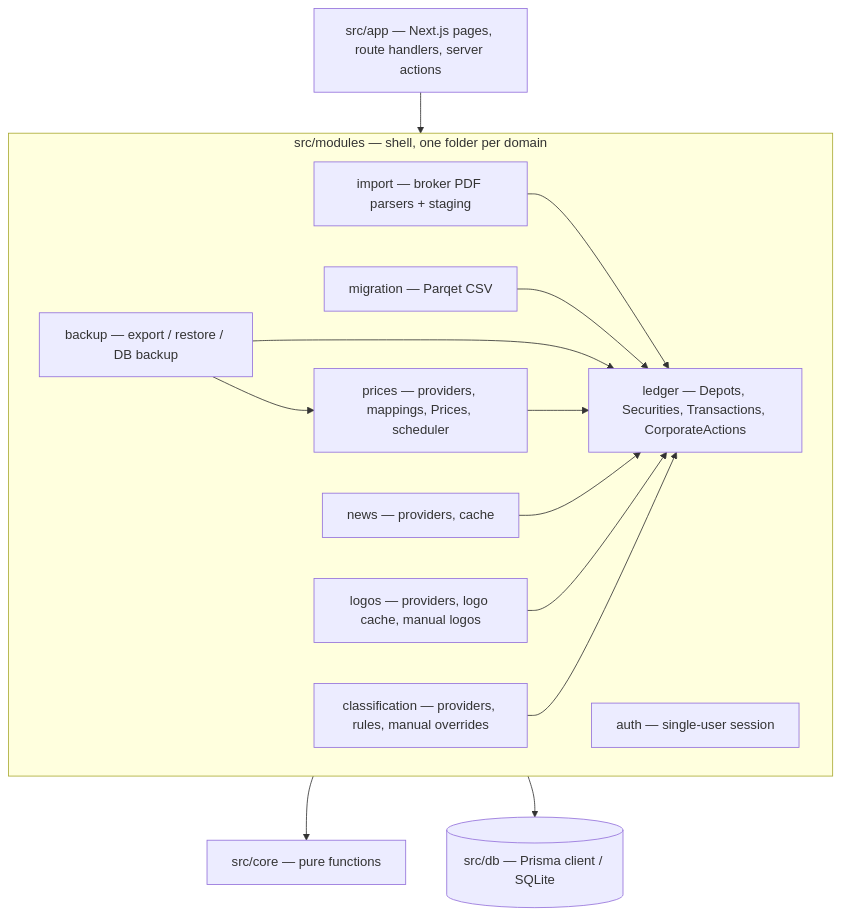
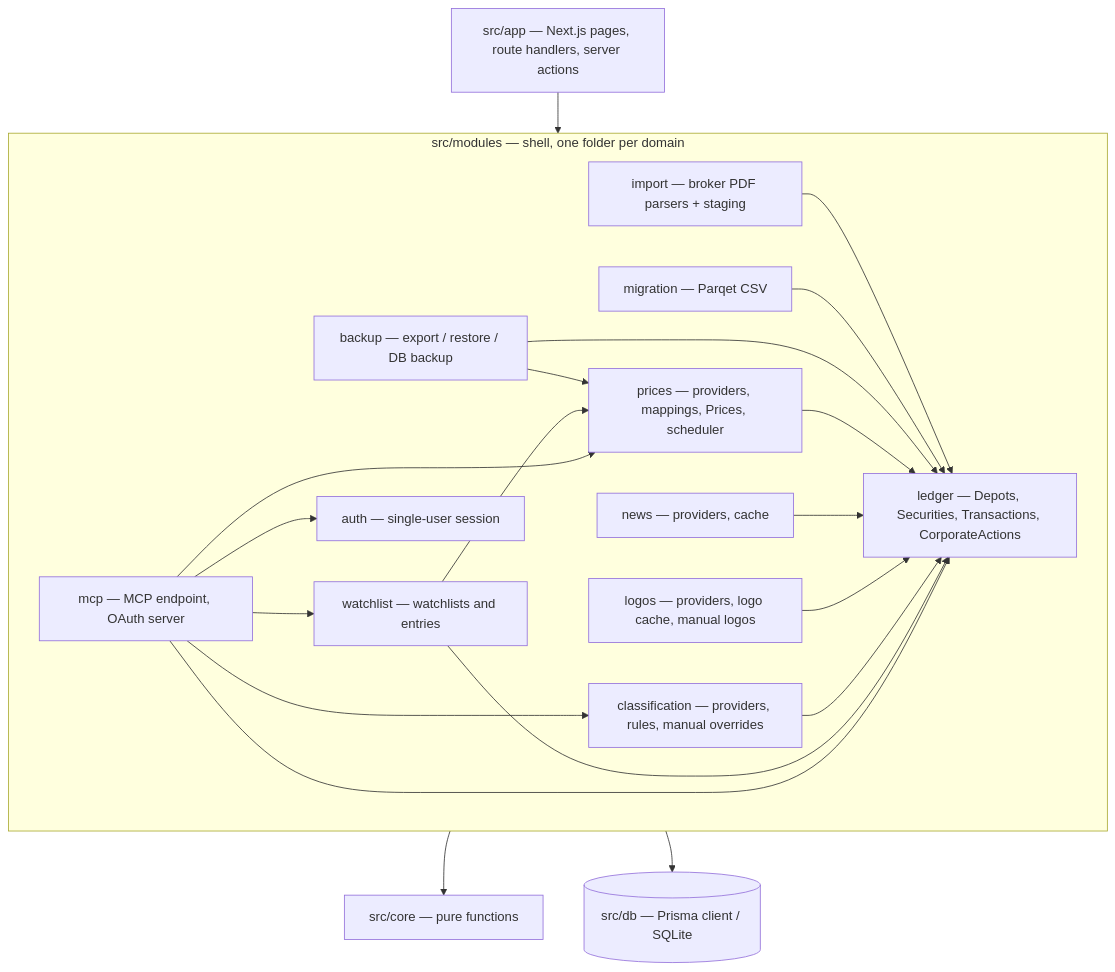
The first of 3 diagrams in _bmad-output/planning-artifacts/architecture/architecture-DepotManagement-2026-10-25/ARCHITECTURE-SPINE.md (dreyer-thomas/DepotManagement), drawn with Mermaid before and after one commit. The commit also changed other lines of this file and 8 other files, not shown here.

````diff
--- a/_bmad-output/planning-artifacts/architecture/architecture-DepotManagement-2026-10-25/ARCHITECTURE-SPINE.md
+++ b/_bmad-output/planning-artifacts/architecture/architecture-DepotManagement-2026-10-25/ARCHITECTURE-SPINE.md
@@ -32,25 +32,34 @@
 ```mermaid
 graph TD
   app["src/app — Next.js pages, route handlers, server actions"] --> modules
   subgraph modules["src/modules — shell, one folder per domain"]
     ledger["ledger — Depots, Securities, Transactions, CorporateActions"]
     import["import — broker PDF parsers + staging"]
     migration["migration — Parqet CSV"]
     prices["prices — providers, mappings, Prices, scheduler"]
     news["news — providers, cache"]
     logos["logos — providers, logo cache, manual logos"]
     classification["classification — providers, rules, manual overrides"]
     backup["backup — export / restore / DB backup"]
     auth["auth — single-user session"]
+    watchlist["watchlist — watchlists and entries"]
+    mcp["mcp — MCP endpoint, OAuth server"]
   end
   import --> ledger
   migration --> ledger
   backup --> ledger
   backup --> prices
   prices --> ledger
   news --> ledger
   logos --> ledger
   classification --> ledger
+  watchlist --> ledger
+  watchlist --> prices
+  mcp --> watchlist
+  mcp --> ledger
+  mcp --> prices
+  mcp --> classification
+  mcp --> auth
   modules --> core["src/core — pure functions"]
   modules --> db[("src/db — Prisma client / SQLite")]
 ```
````
